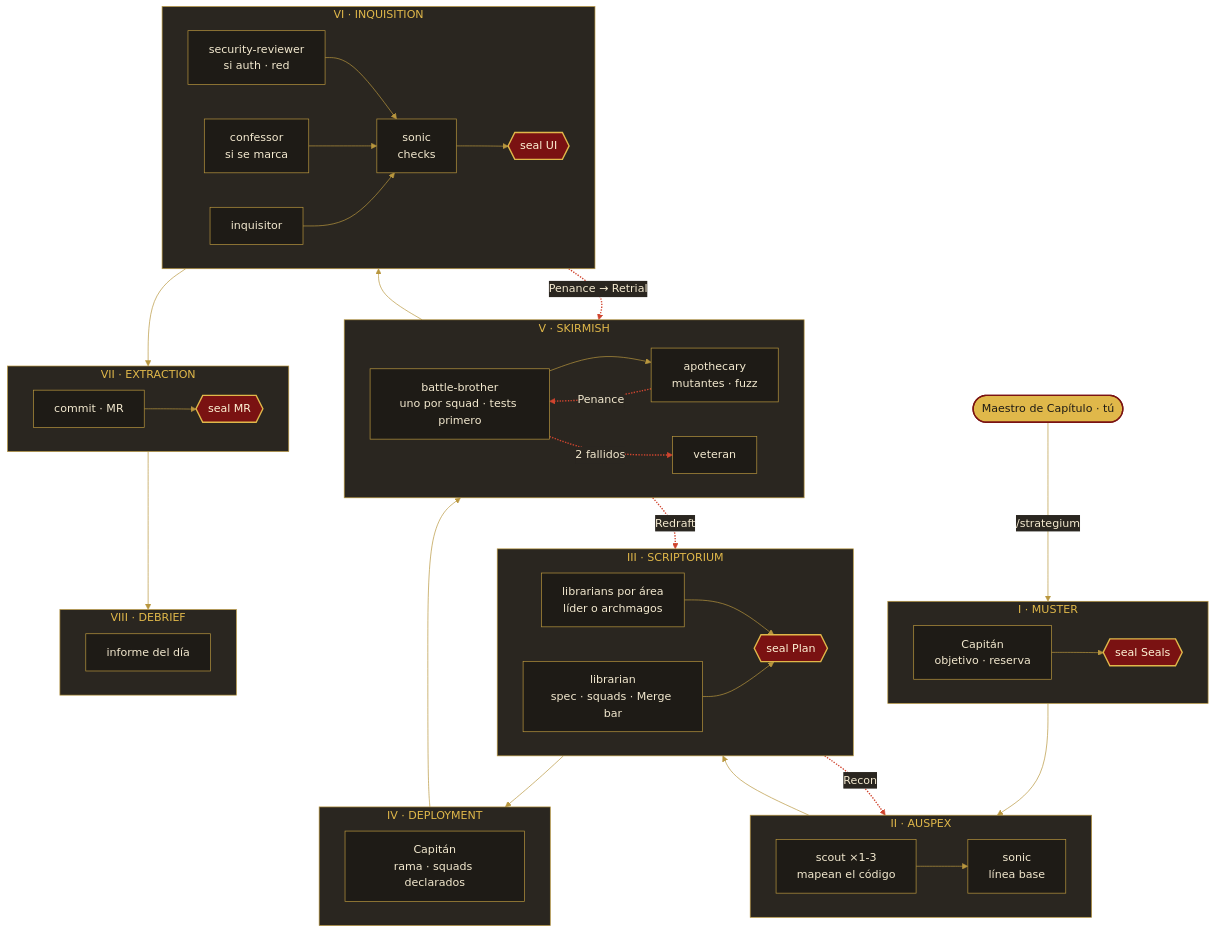
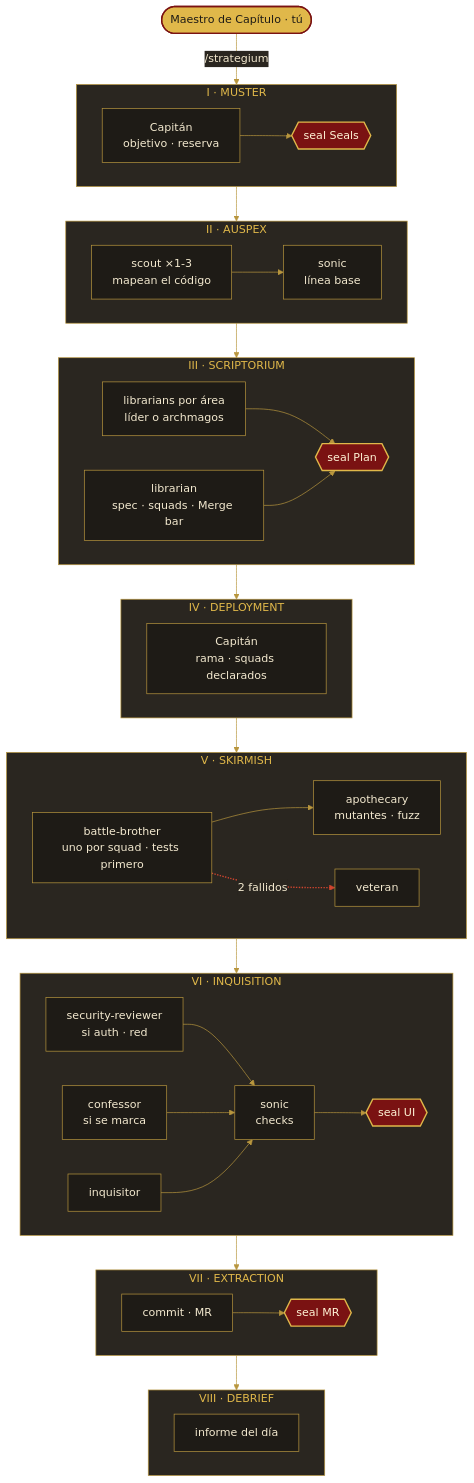
One commit to frandev94/strategium changed the first of 2 diagrams in README.es.md. Above: the diagram before and after it, drawn with Mermaid. The commit also changed other lines of this file and 1 other file, not shown here.

````diff
--- a/README.es.md
+++ b/README.es.md
@@ -33,61 +33,56 @@
 ```mermaid
 %%{init: {"theme": "base", "themeVariables": {"lineColor": "#b8963e", "edgeLabelBackground": "#2a2620", "textColor": "#f3e9cf", "fontFamily": "Georgia, serif"}}}%%
 flowchart TB
   U(["Maestro de Capítulo · tú"]) -->|"/strategium"| muster
 
   subgraph muster["I · MUSTER"]
     direction LR
     M["Capitán<br/>objetivo · reserva"] --> S0{{"seal Seals"}}
   end
   subgraph auspex["II · AUSPEX"]
     direction LR
     A1["scout ×1-3<br/>mapean el código"] --> A2["sonic<br/>línea base"]
   end
   subgraph scriptorium["III · SCRIPTORIUM"]
     direction LR
     L2["librarians por área<br/>líder o archmagos"] --> SP{{"seal Plan"}}
     L1["librarian<br/>spec · squads · Merge bar"] --> SP
   end
   subgraph deployment["IV · DEPLOYMENT"]
     direction LR
     D["Capitán<br/>rama · squads declarados"]
   end
   subgraph skirmish["V · SKIRMISH"]
     direction LR
     B1["battle-brother<br/>uno por squad · tests primero"] --> B3["apothecary<br/>mutantes · fuzz"]
     B1 -.->|"2 fallidos"| B2["veteran"]
   end
   subgraph inquisition["VI · INQUISITION"]
     direction LR
     Q3["security-reviewer<br/>si auth · red"] --> Q4["sonic<br/>checks"]
     Q2["confessor<br/>si se marca"] --> Q4
     Q1["inquisitor"] --> Q4
     Q4 --> SU{{"seal UI"}}
   end
   subgraph extraction["VII · EXTRACTION"]
     direction LR
     X["commit · MR"] --> SM{{"seal MR"}}
   end
   subgraph debrief["VIII · DEBRIEF"]
     direction LR
     F["informe del día"]
   end
 
   muster --> auspex --> scriptorium --> deployment --> skirmish --> inquisition --> extraction --> debrief
 
-  scriptorium -.->|"Recon"| auspex
-  skirmish -.->|"Redraft"| scriptorium
-  inquisition -.->|"Penance → Retrial"| skirmish
-  B3 -.->|"Penance"| B1
-
   classDef agent fill:#1e1b16,stroke:#b8963e,color:#f3e9cf
   classDef seal fill:#7a1212,stroke:#e0b84a,stroke-width:2px,color:#fff4d6
   classDef you fill:#e0b84a,stroke:#7a1212,stroke-width:2px,color:#1e1b16
   classDef station fill:#2a2620,stroke:#b8963e,color:#e0b84a
   class M,A1,A2,L1,L2,D,B1,B2,B3,Q1,Q2,Q3,Q4,X,F agent
   class S0,SP,SU,SM seal
   class U you
   class muster,auspex,scriptorium,deployment,skirmish,inquisition,extraction,debrief station
   linkStyle 0 stroke:#b8963e,color:#f3e9cf
-  linkStyle 6,19,20,21,22 stroke:#d0452f,stroke-width:2px,color:#f3e9cf
+  linkStyle 6 stroke:#d0452f,stroke-width:2px,color:#f3e9cf
 ```
````
